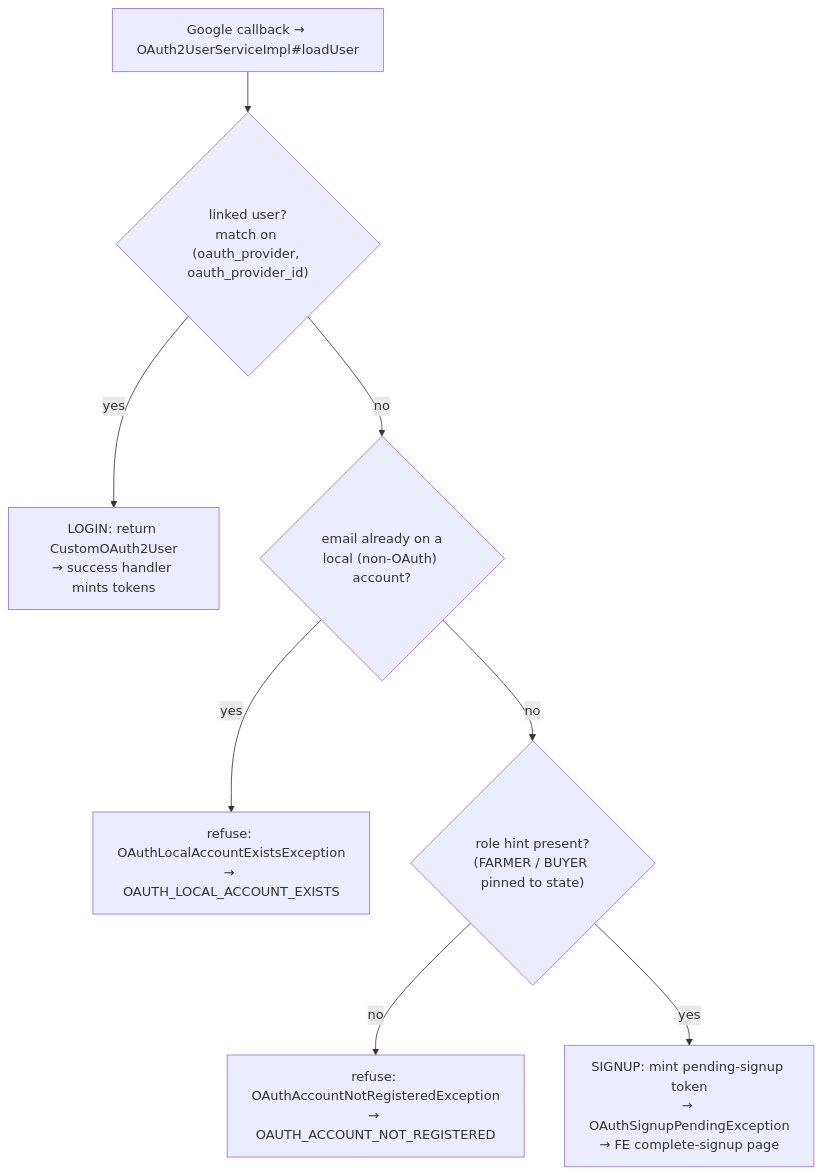
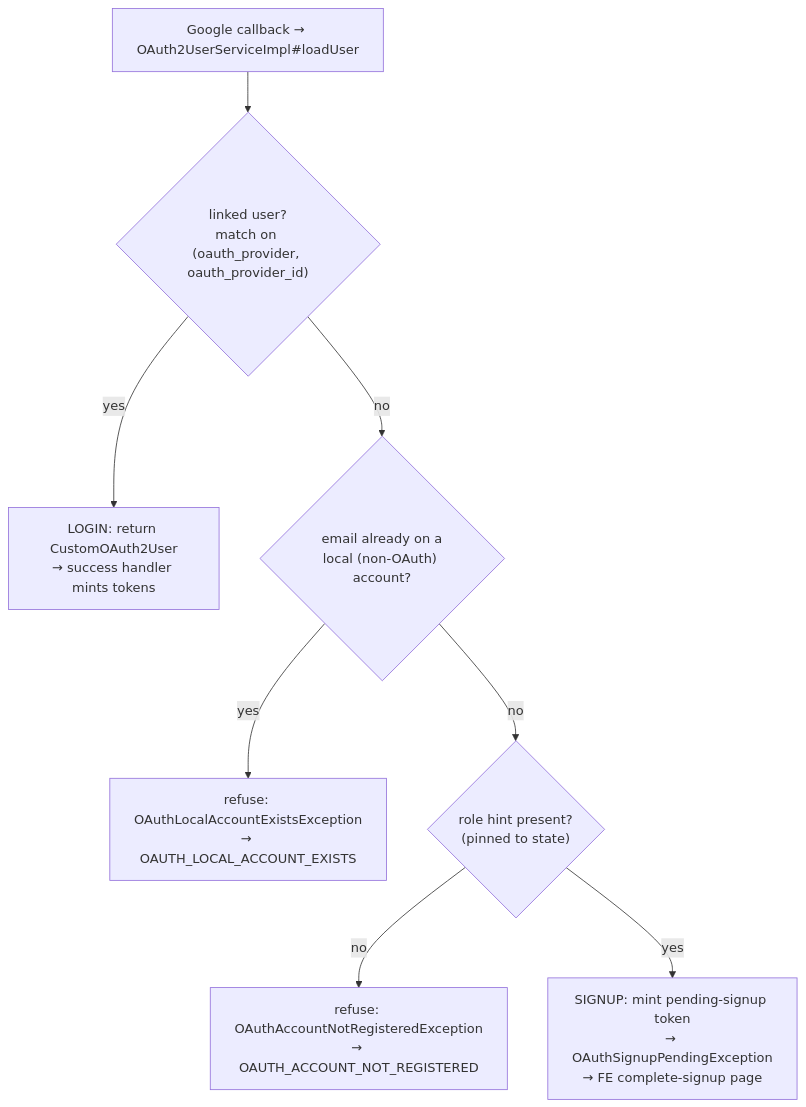
One commit to cropdoor/cropdoor-almanac changed the first of 3 diagrams in docs/auth/oauth.md. Above: the diagram before and after it, drawn with Mermaid. The commit also changed other lines of this file and 1 other file, not shown here.

Commit message:
auth: Google sign-up (#393): the sign-up code reaches a new phone; complete checks the code before it spends the pending sign-up; the Farmer or Buyer choice is kept; the stale ADMIN refusal is corrected

````diff
--- a/docs/auth/oauth.md
+++ b/docs/auth/oauth.md
@@ -11,10 +11,10 @@
 ```mermaid
 flowchart TD
     A["Google callback → OAuth2UserServiceImpl#loadUser"] --> B{"linked user?<br/>match on (oauth_provider, oauth_provider_id)"}
     B -->|yes| L["LOGIN: return CustomOAuth2User<br/>→ success handler mints tokens"]
     B -->|no| C{"email already on a<br/>local (non-OAuth) account?"}
     C -->|yes| E1["refuse: OAuthLocalAccountExistsException<br/>→ OAUTH_LOCAL_ACCOUNT_EXISTS"]
-    C -->|no| D{"role hint present?<br/>(FARMER / BUYER pinned to state)"}
+    C -->|no| D{"role hint present?<br/>(pinned to state)"}
     D -->|no| E2["refuse: OAuthAccountNotRegisteredException<br/>→ OAUTH_ACCOUNT_NOT_REGISTERED"]
     D -->|yes| S["SIGNUP: mint pending-signup token<br/>→ OAuthSignupPendingException<br/>→ FE complete-signup page"]
 ```
````
